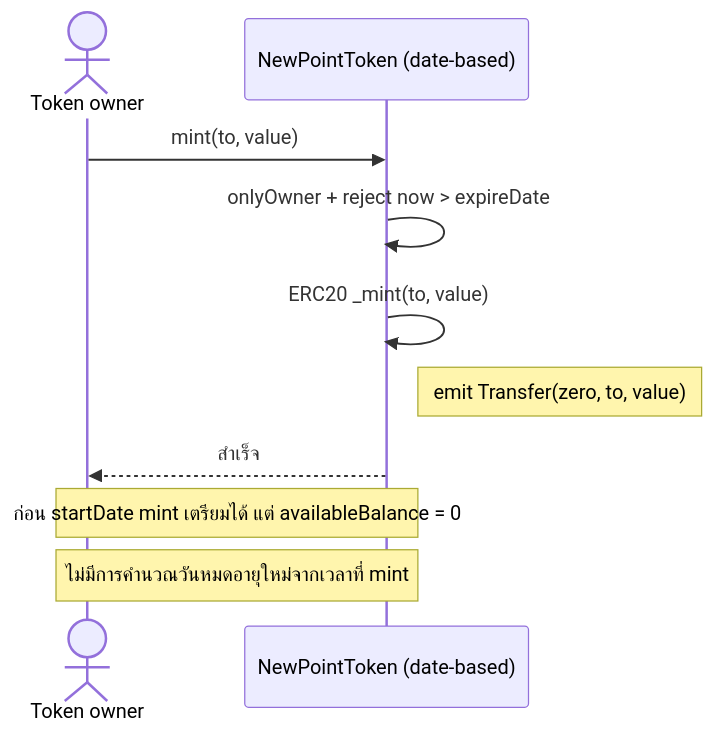
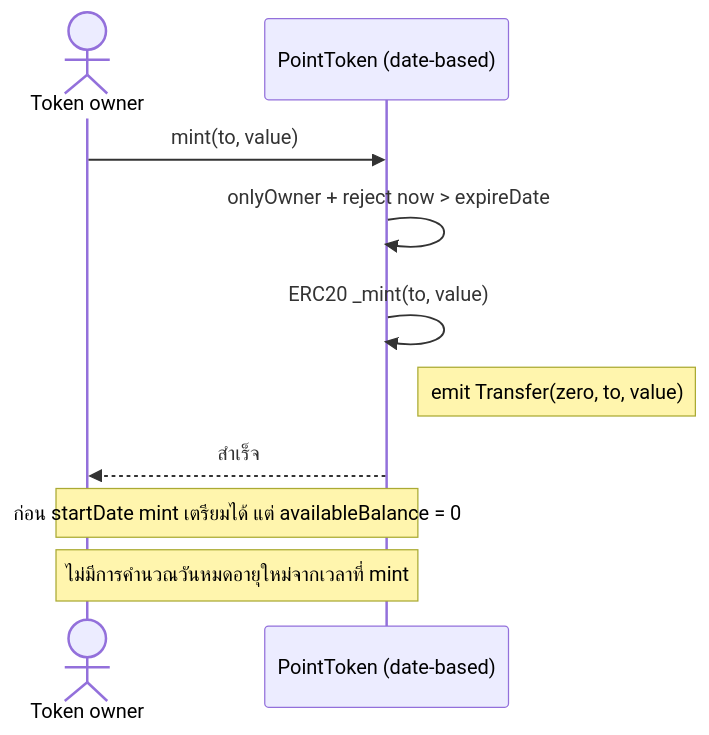
Before and after one commit to subtawe/blockchain_point_loyalty: the second of 3 diagrams in docs/POINT_DATE_VALIDITY_DESIGN.md, drawn with Mermaid. The commit also changed other lines of this file and 28 other files, not shown here.

````diff
--- a/docs/POINT_DATE_VALIDITY_DESIGN.md
+++ b/docs/POINT_DATE_VALIDITY_DESIGN.md
@@ -223,12 +223,12 @@
 ```mermaid
 sequenceDiagram
     actor O as Token owner
-    participant T as NewPointToken (date-based)
+    participant T as PointToken (date-based)
     O->>T: mint(to, value)
     T->>T: onlyOwner + reject now > expireDate
     T->>T: ERC20 _mint(to, value)
     Note right of T: emit Transfer(zero, to, value)
     T-->>O: สำเร็จ
     Note over O,T: ก่อน startDate mint เตรียมได้ แต่ availableBalance = 0
     Note over O,T: ไม่มีการคำนวณวันหมดอายุใหม่จากเวลาที่ mint
 ```
````
